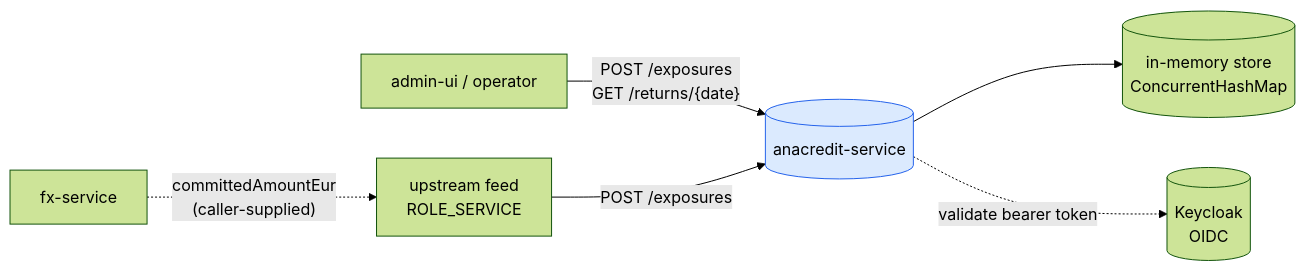
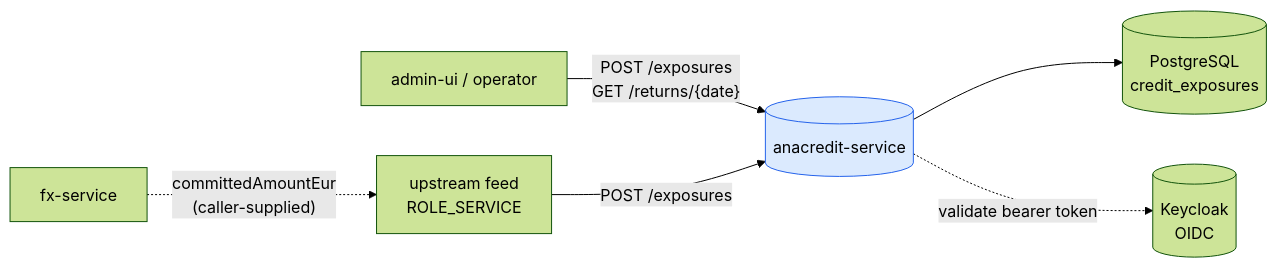
The first of 3 diagrams in openbank-anacredit-service/src/main/resources/docs/02-architecture.en.md (JiRaska/open-bank-oss), drawn with Mermaid (forest theme) before and after one commit. The commit also changed other lines of this file and 36 other files, not shown here.

````diff
--- a/openbank-anacredit-service/src/main/resources/docs/02-architecture.en.md
+++ b/openbank-anacredit-service/src/main/resources/docs/02-architecture.en.md
@@ -5,18 +5,18 @@
 ```mermaid
 graph LR
   admin[admin-ui / operator]
   feed[upstream feed<br/>ROLE_SERVICE]
   fx[fx-service]
 
   ana[(anacredit-service)]:::svc
-  store[(in-memory store<br/>ConcurrentHashMap)]
+  store[(PostgreSQL<br/>credit_exposures)]
   kc[(Keycloak<br/>OIDC)]
 
   admin -- "POST /exposures<br/>GET /returns/{date}" --> ana
   feed -- "POST /exposures" --> ana
   fx -. "committedAmountEur<br/>(caller-supplied)" .-> feed
   ana --> store
   ana -. "validate bearer token" .-> kc
 
   classDef svc fill:#dbeafe,stroke:#2563eb
 ```
````
